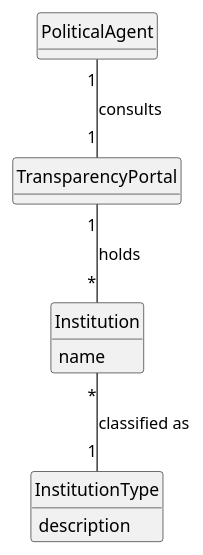
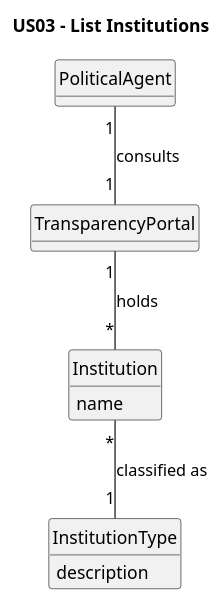
One commit to Departamento-de-Engenharia-Informatica/sem2-pi-25-26-g096-repo changed the diagram in docs/system-documentation/US03/02.analysis/puml/US03-DM.puml. Above: the diagram before and after it, drawn with PlantUML. The commit also changed 11 other files, not shown here.

```diff
--- a/docs/system-documentation/US03/02.analysis/puml/US03-DM.puml
+++ b/docs/system-documentation/US03/02.analysis/puml/US03-DM.puml
@@ -1,27 +1,28 @@
 @startuml
+title US03 - List Institutions
 skinparam monochrome true
 skinparam packageStyle rectangle
 skinparam shadowing false
 skinparam classAttributeIconSize 0
 hide circle
 hide methods
 
 class TransparencyPortal {
 }
 
 class PoliticalAgent {
 }
 
 class Institution {
     name
 }
 
 class InstitutionType {
     description
 }
 
 TransparencyPortal "1" -- "*" Institution : holds
 PoliticalAgent "1" -- "1" TransparencyPortal : consults
 Institution "*" -- "1" InstitutionType : classified as
 
 @enduml
```
